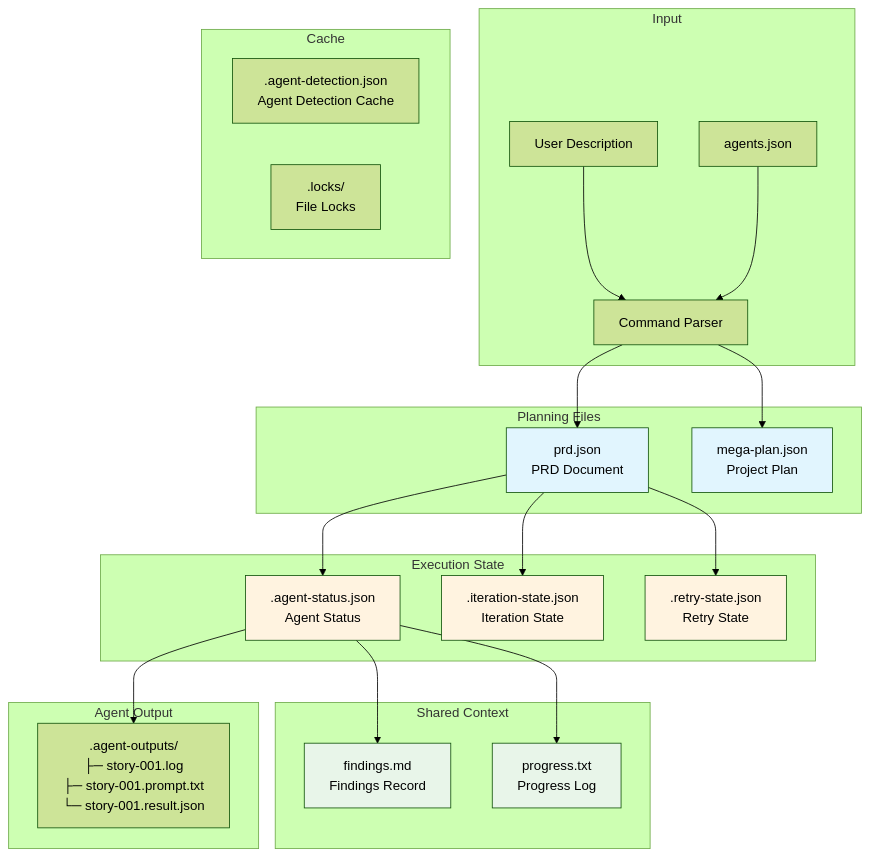
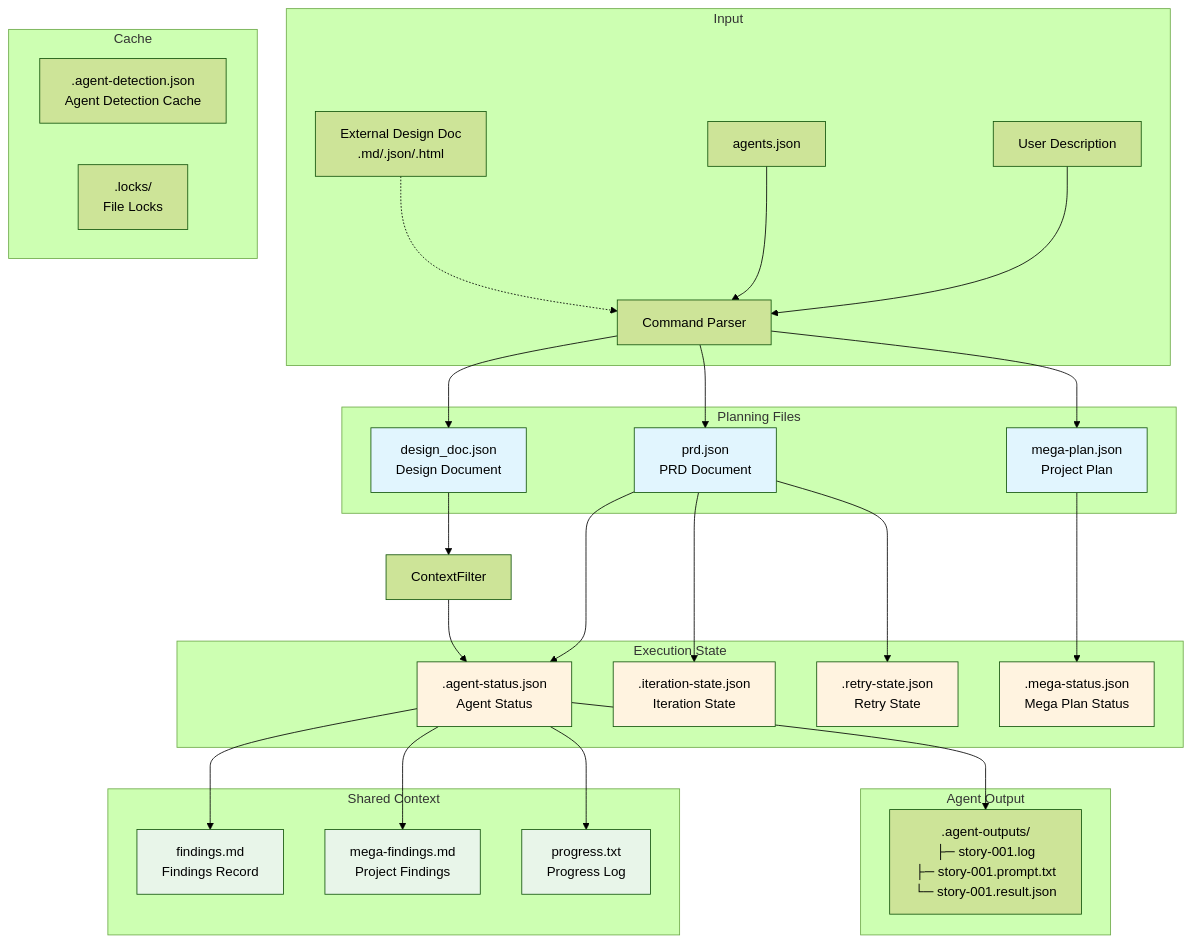
One commit to Taoidle/plan-cascade changed diagram 13 of 13 in docs/System-Architecture.md. Above: the diagram before and after it, drawn with Mermaid (forest theme). The commit also changed other lines of this file and 29 other files, not shown here.

First line of the commit message:
feat: add External Framework Skills and Design Document support

````diff
--- a/docs/System-Architecture.md
+++ b/docs/System-Architecture.md
@@ -533,40 +759,50 @@
 ```mermaid
 graph TB
     subgraph "Input"
         U[User Description] --> CMD[Command Parser]
         CFG[agents.json] --> CMD
+        EXT[External Design Doc<br/>.md/.json/.html] -.-> CMD
     end
 
     subgraph "Planning Files"
         CMD --> PRD[prd.json<br/>PRD Document]
         CMD --> MP[mega-plan.json<br/>Project Plan]
+        CMD --> DD[design_doc.json<br/>Design Document]
     end
 
     subgraph "Execution State"
         PRD --> AS[.agent-status.json<br/>Agent Status]
         PRD --> IS[.iteration-state.json<br/>Iteration State]
         PRD --> RS[.retry-state.json<br/>Retry State]
+        MP --> MS[.mega-status.json<br/>Mega Plan Status]
     end
 
     subgraph "Shared Context"
         AS --> FD[findings.md<br/>Findings Record]
+        AS --> MF[mega-findings.md<br/>Project Findings]
         AS --> PG[progress.txt<br/>Progress Log]
     end
 
     subgraph "Agent Output"
         AS --> AO[.agent-outputs/<br/>├─ story-001.log<br/>├─ story-001.prompt.txt<br/>└─ story-001.result.json]
     end
 
     subgraph "Cache"
         AD[.agent-detection.json<br/>Agent Detection Cache]
         LK[.locks/<br/>File Locks]
     end
 
+    DD --> CF[ContextFilter]
+    CF --> AS
+
     style PRD fill:#e1f5fe
     style MP fill:#e1f5fe
+    style DD fill:#e1f5fe
     style AS fill:#fff3e0
     style IS fill:#fff3e0
     style RS fill:#fff3e0
+    style MS fill:#fff3e0
     style FD fill:#e8f5e9
+    style MF fill:#e8f5e9
     style PG fill:#e8f5e9
 ```
````
